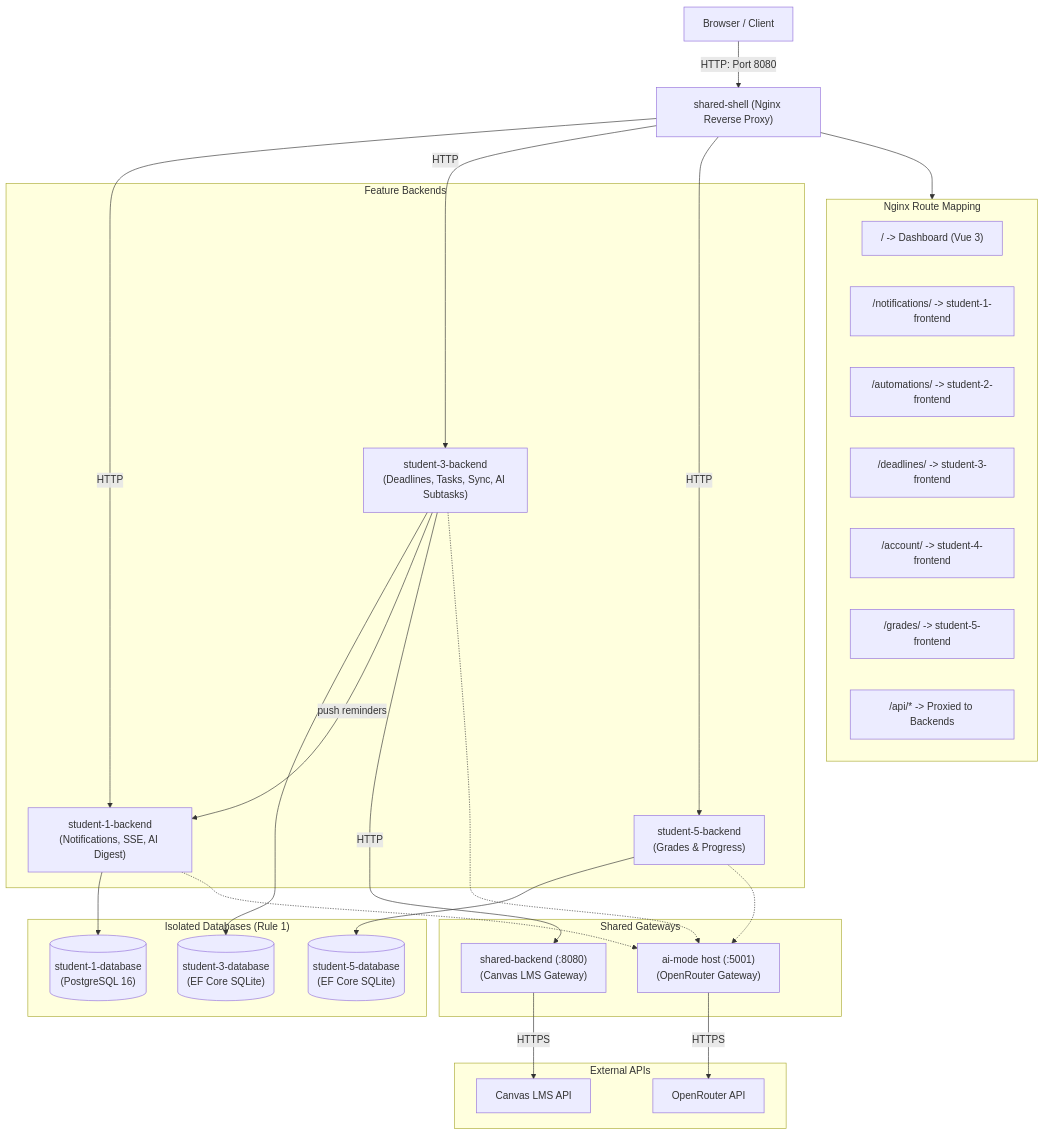
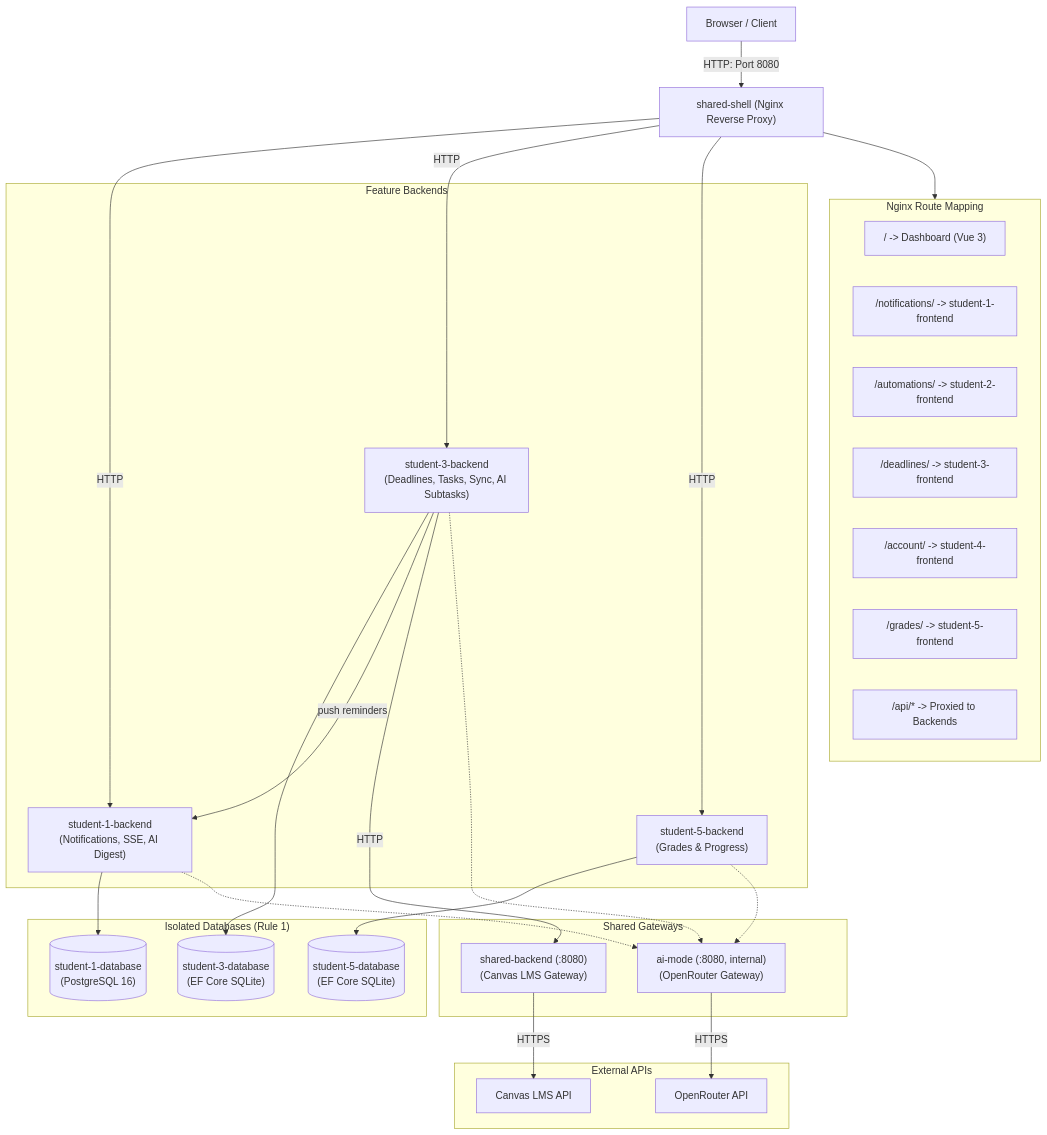
The diagram in AGENTS.md (AmAComputerNerd/41026--software-development-project), drawn with Mermaid before and after one commit. The commit also changed other lines of this file and 31 other files, not shown here.

````diff
--- a/AGENTS.md
+++ b/AGENTS.md
@@ -248,52 +244,52 @@
 ```mermaid
 flowchart TD
     Client["Browser / Client"] -- "HTTP: Port 8080" --> Shell["shared-shell (Nginx Reverse Proxy)"]
 
     subgraph ShellRoutes["Nginx Route Mapping"]
         R0["/ -> Dashboard (Vue 3)"]
         R1["/notifications/ -> student-1-frontend"]
         R2["/automations/ -> student-2-frontend"]
         R3["/deadlines/ -> student-3-frontend"]
         R4["/account/ -> student-4-frontend"]
         R5["/grades/ -> student-5-frontend"]
         RAPIs["/api/* -> Proxied to Backends"]
     end
 
     subgraph Services["Feature Backends"]
         S1["student-1-backend<br>(Notifications, SSE, AI Digest)"]
         S3["student-3-backend<br>(Deadlines, Tasks, Sync, AI Subtasks)"]
         S5["student-5-backend<br>(Grades & Progress)"]
     end
 
     subgraph Databases["Isolated Databases (Rule 1)"]
         DB1[("student-1-database<br>(PostgreSQL 16)")]
         DB3[("student-3-database<br>(EF Core SQLite)")]
         DB5[("student-5-database<br>(EF Core SQLite)")]
     end
 
     subgraph Gateways["Shared Gateways"]
-        AIM["ai-mode host (:5001)<br>(OpenRouter Gateway)"]
+        AIM["ai-mode (:8080, internal)<br>(OpenRouter Gateway)"]
         SB["shared-backend (:8080)<br>(Canvas LMS Gateway)"]
     end
 
     subgraph ExternalAPIs["External APIs"]
         OpenRouter["OpenRouter API"]
         Canvas["Canvas LMS API"]
     end
 
     Shell --> ShellRoutes
     Shell -- "HTTP" --> S1 & S3 & S5
 
     S1 --> DB1
     S3 --> DB3
     S5 --> DB5
 
     S3 -- "push reminders" --> S1
     S3 -- "HTTP" --> SB
     S1 -.-> AIM
     S3 -.-> AIM
     S5 -.-> AIM
 
     AIM -- "HTTPS" --> OpenRouter
     SB -- "HTTPS" --> Canvas
 ```
````
